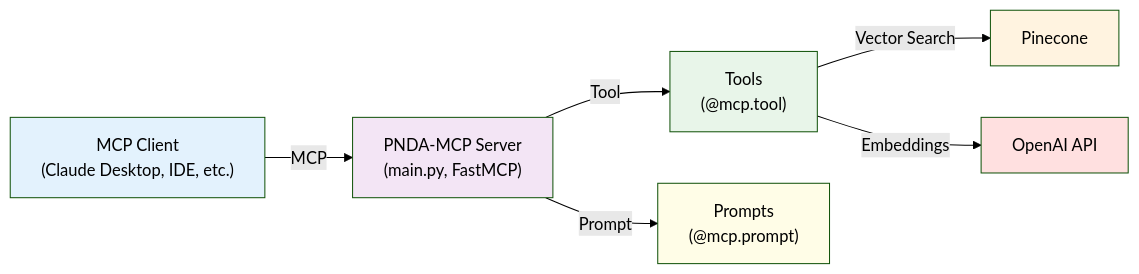
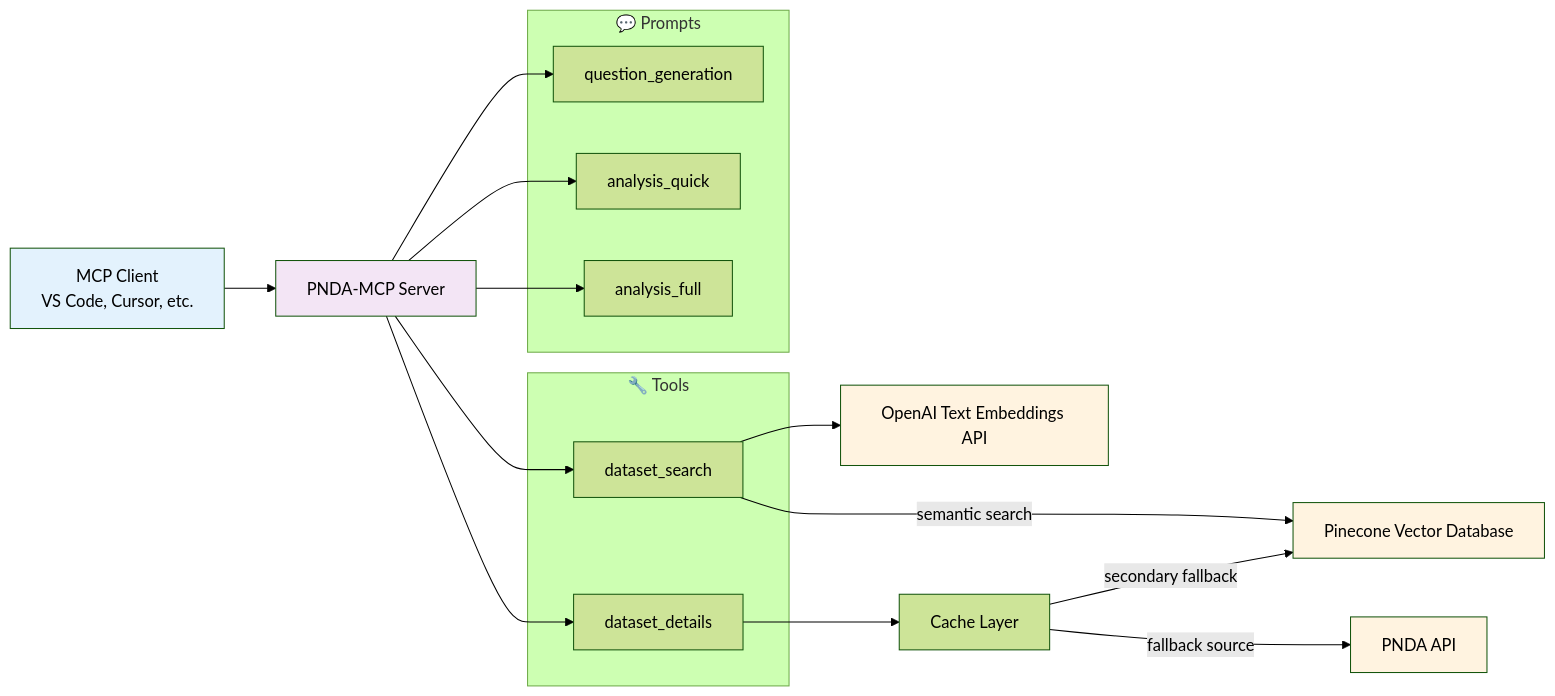
One commit to rodcar/pnda-mcp changed the first of 2 diagrams in README.md. Above: the diagram before and after it, drawn with Mermaid (forest theme). The commit also changed other lines of this file, not shown here.

````diff
--- a/README.md
+++ b/README.md
@@ -136,14 +157,33 @@
 ```mermaid
-flowchart LR
-    CLIENT["MCP Client\n(Claude Desktop, IDE, etc.)"] -->|MCP| MCP_SERVER["PNDA-MCP Server\n(main.py, FastMCP)"]
-    MCP_SERVER -->|Tool| TOOLS["Tools\n(@mcp.tool)"]
-    MCP_SERVER -->|Prompt| PROMPTS["Prompts\n(@mcp.prompt)"]
-    TOOLS -->|Vector Search| PINECONE["Pinecone"]
-    TOOLS -->|Embeddings| OPENAI["OpenAI API"]
+graph LR
+    CLIENT[MCP Client<br/>VS Code, Cursor, etc.] --> MCP_SERVER[PNDA-MCP Server]
+    
+    subgraph TOOLS ["🔧 Tools"]
+        DATASET_SEARCH[dataset_search]
+        DATASET_DETAILS[dataset_details]
+    end
+    
+    subgraph "💬 Prompts"
+        QUESTION_GEN[question_generation]
+        ANALYSIS_QUICK[analysis_quick]
+        ANALYSIS_FULL[analysis_full]
+    end
+    
+    MCP_SERVER --> DATASET_SEARCH
+    MCP_SERVER --> DATASET_DETAILS
+    MCP_SERVER --> QUESTION_GEN
+    MCP_SERVER --> ANALYSIS_QUICK
+    MCP_SERVER --> ANALYSIS_FULL
+    
+    DATASET_SEARCH -->|semantic search| PINECONE[Pinecone Vector Database]
+    DATASET_SEARCH --> OPENAI[OpenAI Text Embeddings API]
+    DATASET_DETAILS --> CACHE[Cache Layer]
+    CACHE --> |fallback source| PNDA_API[PNDA API]
+    CACHE --> |secondary fallback| PINECONE
+    
     style CLIENT fill:#e3f2fd
     style MCP_SERVER fill:#f3e5f5
-    style TOOLS fill:#e8f5e9
-    style PROMPTS fill:#fffde7
+    style PNDA_API fill:#fff3e0
     style PINECONE fill:#fff3e0
-    style OPENAI fill:#ffe0e0
+    style OPENAI fill:#fff3e0
 ```
````
